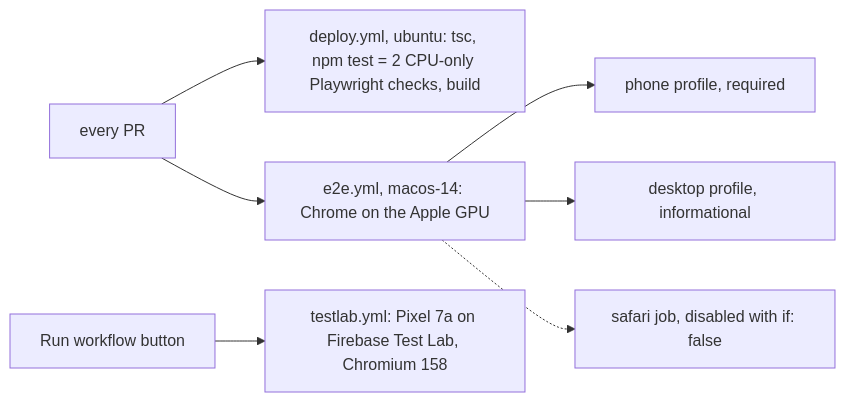
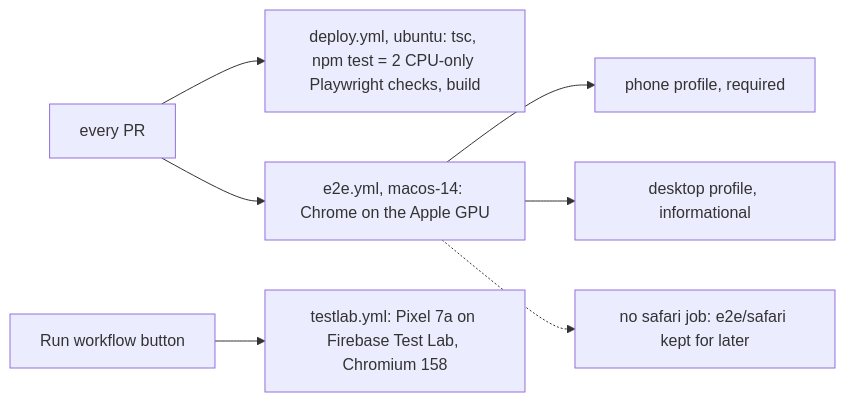
One commit to barakplasma/media-clusterer changed the diagram in HANDOFF.md. Above: the diagram before and after it, drawn with Mermaid. The commit also changed other lines of this file and 3 other files, not shown here.

First line of the commit message:
ci: Safari job removed (actionlint rejects if: false); fix gradle pin; Chrome AI test closes the About dialog

````diff
--- a/HANDOFF.md
+++ b/HANDOFF.md
@@ -15,9 +15,9 @@
 ```mermaid
 flowchart LR
   PR[every PR] --> D[deploy.yml, ubuntu: tsc, npm test = 2 CPU-only Playwright checks, build]
   PR --> E[e2e.yml, macos-14: Chrome on the Apple GPU]
   E --> P[phone profile, required]
   E --> K[desktop profile, informational]
-  E -.-> S[safari job, disabled with if: false]
+  E -.-> S[no safari job: e2e/safari kept for later]
   B[Run workflow button] --> T[testlab.yml: Pixel 7a on Firebase Test Lab, Chromium 158]
 ```
````
